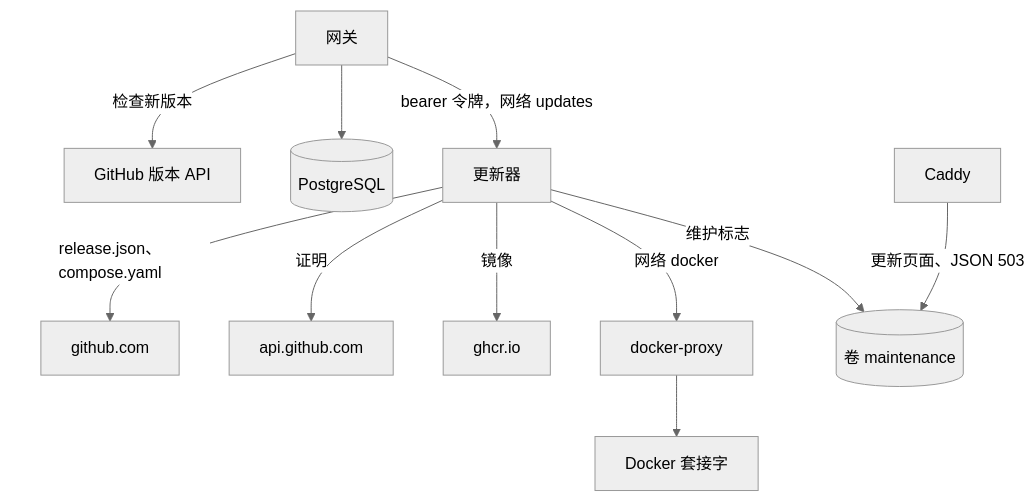
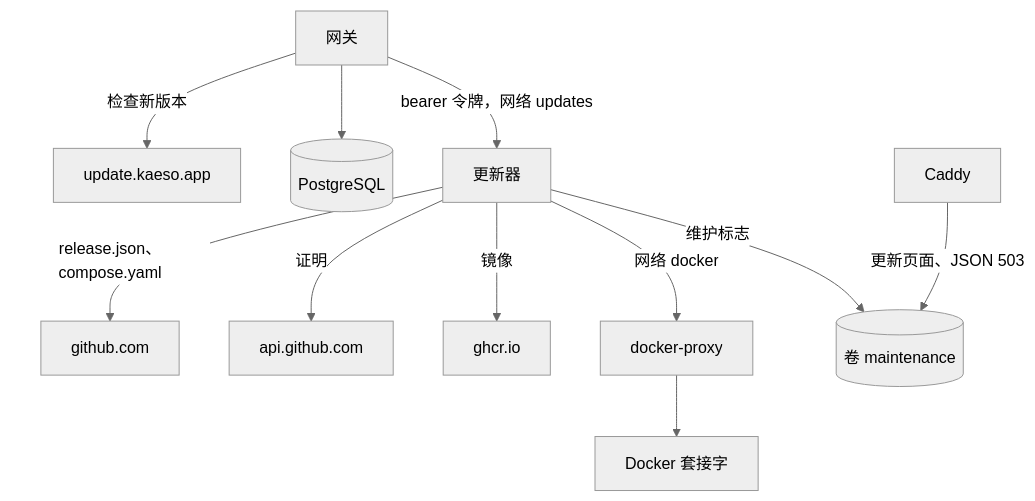
The diagram in apps/docs/content/zh-CN/development/architecture/updates.md (logicplanes/kaeso), drawn with Mermaid (neutral theme) before and after one commit. The commit also changed other lines of this file and 90 other files, not shown here.

First line of the commit message:
Serve Kaeso's releases from update.kaeso.app, with artwork for every release, and point installs at it

````diff
--- a/apps/docs/content/zh-CN/development/architecture/updates.md
+++ b/apps/docs/content/zh-CN/development/architecture/updates.md
@@ -9,15 +9,15 @@
 ```mermaid
 flowchart TD
   accTitle: 实例如何得知新版本并完成更新
-  accDescr: 网关查询 GitHub 的版本 API，把状态保存在 PostgreSQL 中，并通过内部网络 updates 用 bearer 令牌请求更新器。更新器从 github.com 获取 release.json 和 compose.yaml，从 api.github.com 获取证明，从 ghcr.io 获取镜像，只通过内部网络 docker 上的 docker-proxy 访问 Docker，并写入维护标志，Caddy 读取该标志来提供更新页面和 JSON 503。
-  gateway[网关] -- 检查新版本 --> releases[GitHub 版本 API]
+  accDescr: 网关向 update.kaeso.app 查询新版本，把状态保存在 PostgreSQL 中，并通过内部网络 updates 用 bearer 令牌请求更新器。更新器从 github.com 获取 release.json 和 compose.yaml，从 api.github.com 获取证明，从 ghcr.io 获取镜像，只通过内部网络 docker 上的 docker-proxy 访问 Docker，并写入维护标志，Caddy 读取该标志来提供更新页面和 JSON 503。
+  gateway[网关] -- 检查新版本 --> releases[update.kaeso.app]
   gateway --> postgres[(PostgreSQL)]
   gateway -- bearer 令牌，网络 updates --> updater[更新器]
   updater -- release.json、compose.yaml --> github[github.com]
   updater -- 证明 --> api[api.github.com]
   updater -- 镜像 --> ghcr[ghcr.io]
   updater -- 网络 docker --> proxy[docker-proxy]
   proxy --> socket[Docker 套接字]
   updater -- 维护标志 --> maintenance[(卷 maintenance)]
   caddy[Caddy] -- 更新页面、JSON 503 --> maintenance
 ```
````
